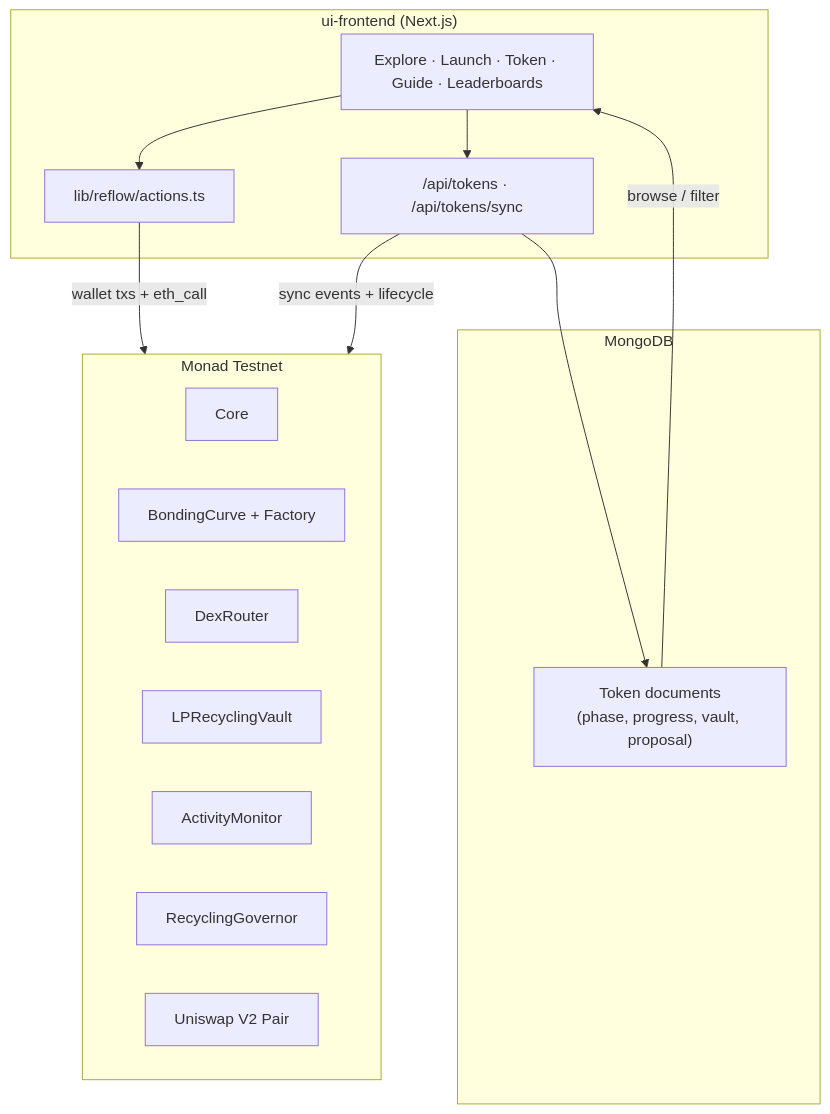
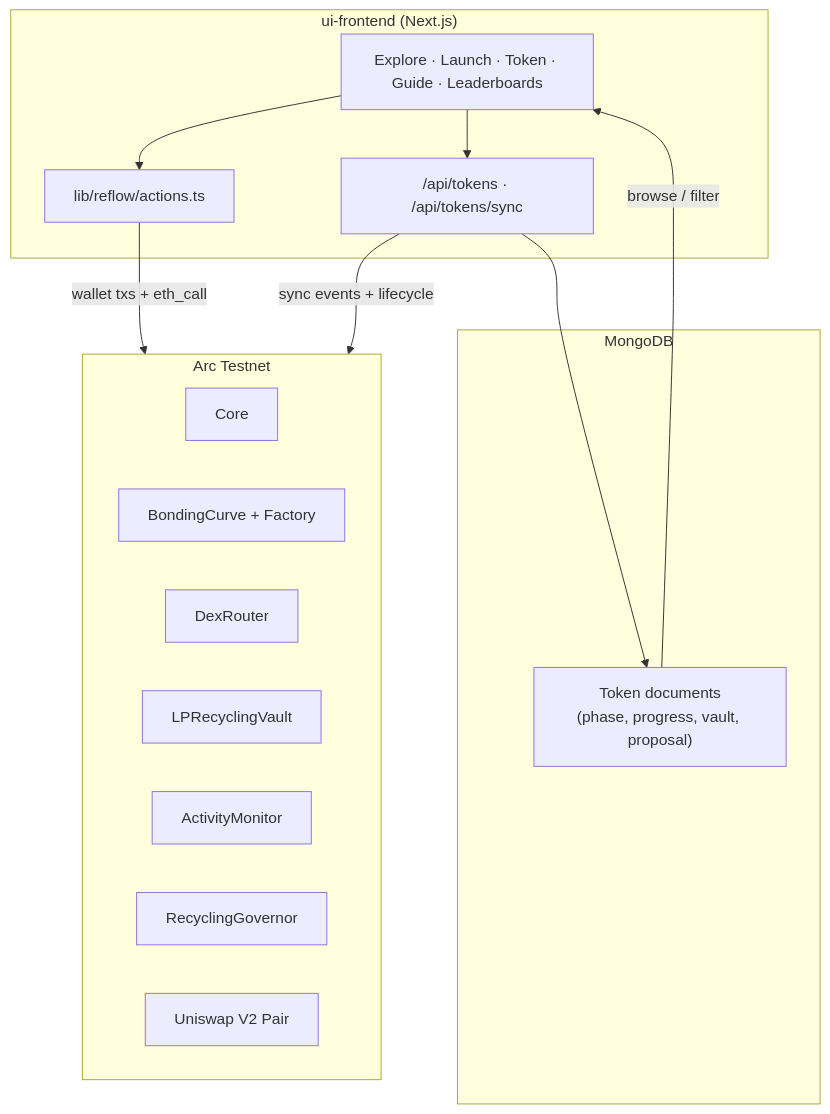
The first of 3 diagrams in README.md (Kali-Decoder/Zuno), drawn with Mermaid before and after one commit. The commit also changed other lines of this file and 9 other files, not shown here.

````diff
--- a/README.md
+++ b/README.md
@@ -28,29 +28,29 @@
 ```mermaid
 flowchart TB
   subgraph UI["ui-frontend (Next.js)"]
     Pages["Explore · Launch · Token · Guide · Leaderboards"]
     Actions["lib/reflow/actions.ts"]
     API["/api/tokens · /api/tokens/sync"]
     Pages --> Actions
     Pages --> API
   end
 
   subgraph Index["MongoDB"]
     Tokens["Token documents\n(phase, progress, vault, proposal)"]
   end
 
-  subgraph Chain["Monad Testnet"]
+  subgraph Chain["Arc Testnet"]
     Core["Core"]
     Curve["BondingCurve + Factory"]
     Router["DexRouter"]
     Vault["LPRecyclingVault"]
     Monitor["ActivityMonitor"]
     Gov["RecyclingGovernor"]
     V2["Uniswap V2 Pair"]
   end
 
   Actions -->|"wallet txs + eth_call"| Chain
   API -->|"sync events + lifecycle"| Chain
   API --> Tokens
   Tokens -->|"browse / filter"| Pages
 ```
````
